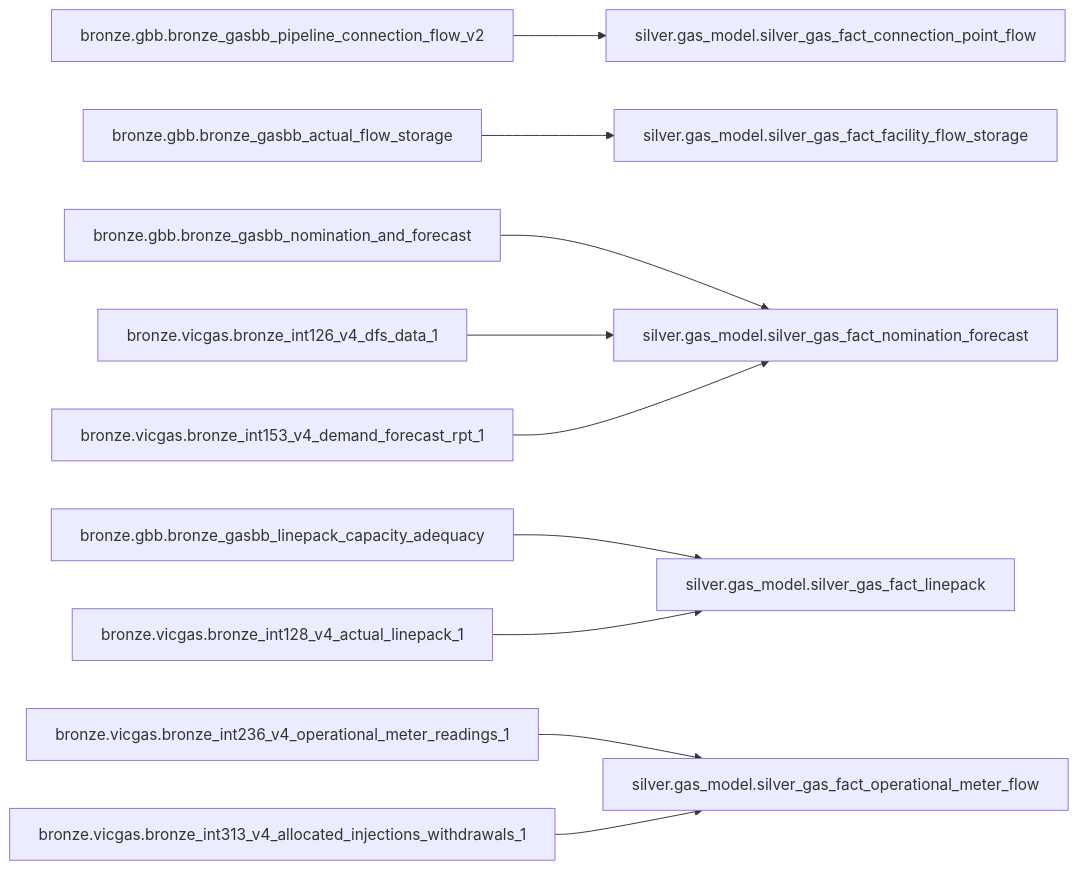
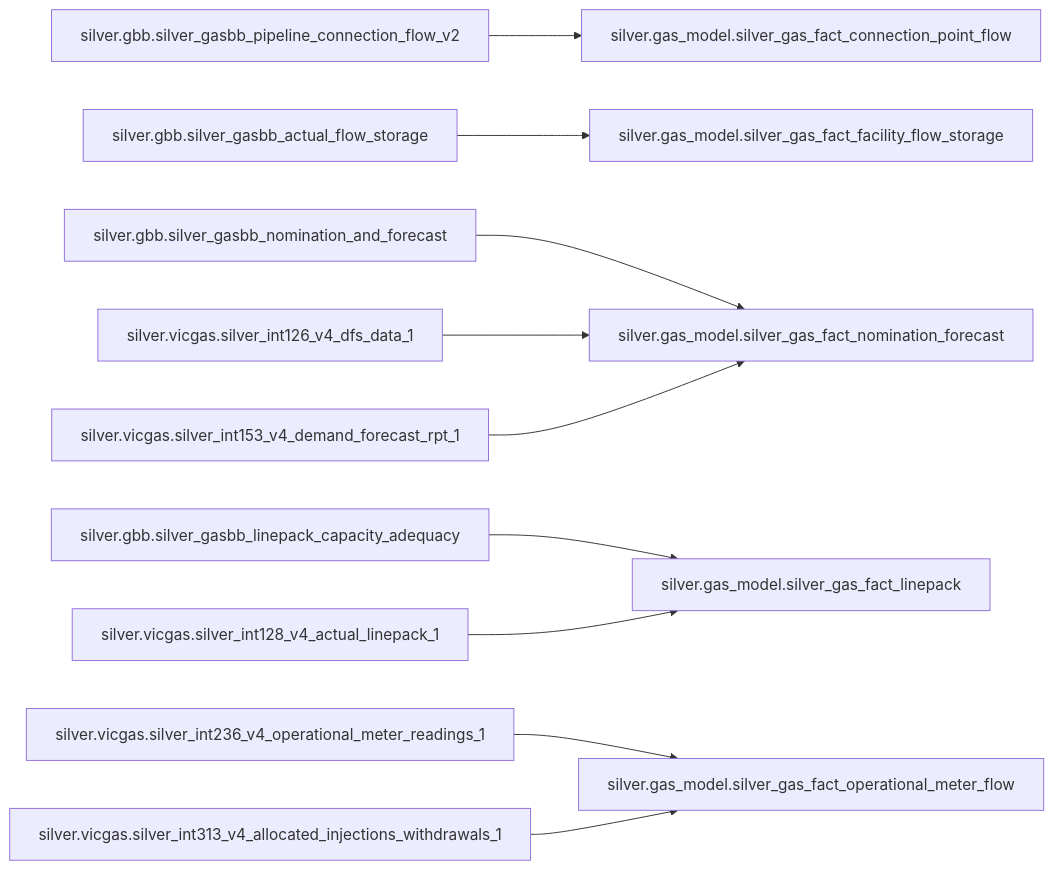
Before and after one commit to Chr1sC0de/energy-market-delta-lake: the second of 2 diagrams in backend-services/dagster-user/aemo-etl/docs/gas_model/gas_operations_mart_erd.md, drawn with Mermaid. The commit also changed other lines of this file and 39 other files, not shown here.

````diff
--- a/backend-services/dagster-user/aemo-etl/docs/gas_model/gas_operations_mart_erd.md
+++ b/backend-services/dagster-user/aemo-etl/docs/gas_model/gas_operations_mart_erd.md
@@ -198,26 +198,26 @@
 ```mermaid
 flowchart LR
-    B_GBB_FLOW["bronze.gbb.bronze_gasbb_pipeline_connection_flow_v2"]
-    B_GBB_STORAGE["bronze.gbb.bronze_gasbb_actual_flow_storage"]
-    B_GBB_FORECAST["bronze.gbb.bronze_gasbb_nomination_and_forecast"]
-    B_GBB_LINEPACK["bronze.gbb.bronze_gasbb_linepack_capacity_adequacy"]
+    B_GBB_FLOW["silver.gbb.silver_gasbb_pipeline_connection_flow_v2"]
+    B_GBB_STORAGE["silver.gbb.silver_gasbb_actual_flow_storage"]
+    B_GBB_FORECAST["silver.gbb.silver_gasbb_nomination_and_forecast"]
+    B_GBB_LINEPACK["silver.gbb.silver_gasbb_linepack_capacity_adequacy"]
 
-    B_VIC_DFS["bronze.vicgas.bronze_int126_v4_dfs_data_1"]
-    B_VIC_FORECAST["bronze.vicgas.bronze_int153_v4_demand_forecast_rpt_1"]
-    B_VIC_LINEPACK["bronze.vicgas.bronze_int128_v4_actual_linepack_1"]
-    B_VIC_METER["bronze.vicgas.bronze_int236_v4_operational_meter_readings_1"]
-    B_VIC_ALLOC["bronze.vicgas.bronze_int313_v4_allocated_injections_withdrawals_1"]
+    B_VIC_DFS["silver.vicgas.silver_int126_v4_dfs_data_1"]
+    B_VIC_FORECAST["silver.vicgas.silver_int153_v4_demand_forecast_rpt_1"]
+    B_VIC_LINEPACK["silver.vicgas.silver_int128_v4_actual_linepack_1"]
+    B_VIC_METER["silver.vicgas.silver_int236_v4_operational_meter_readings_1"]
+    B_VIC_ALLOC["silver.vicgas.silver_int313_v4_allocated_injections_withdrawals_1"]
 
     B_GBB_FLOW --> F_CONNECTION_FLOW["silver.gas_model.silver_gas_fact_connection_point_flow"]
     B_GBB_STORAGE --> F_FACILITY_STORAGE["silver.gas_model.silver_gas_fact_facility_flow_storage"]
 
     B_GBB_FORECAST --> F_FORECAST["silver.gas_model.silver_gas_fact_nomination_forecast"]
     B_VIC_DFS --> F_FORECAST
     B_VIC_FORECAST --> F_FORECAST
 
     B_GBB_LINEPACK --> F_LINEPACK["silver.gas_model.silver_gas_fact_linepack"]
     B_VIC_LINEPACK --> F_LINEPACK
 
     B_VIC_METER --> F_METER_FLOW["silver.gas_model.silver_gas_fact_operational_meter_flow"]
     B_VIC_ALLOC --> F_METER_FLOW
 ```
````
